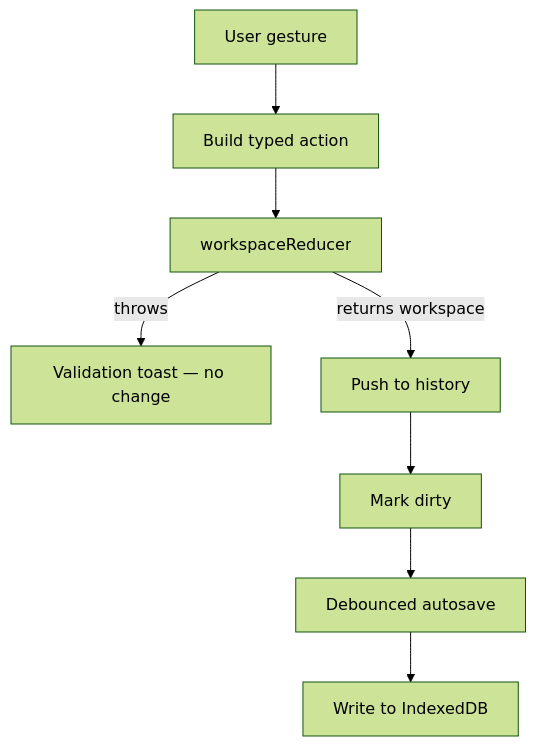
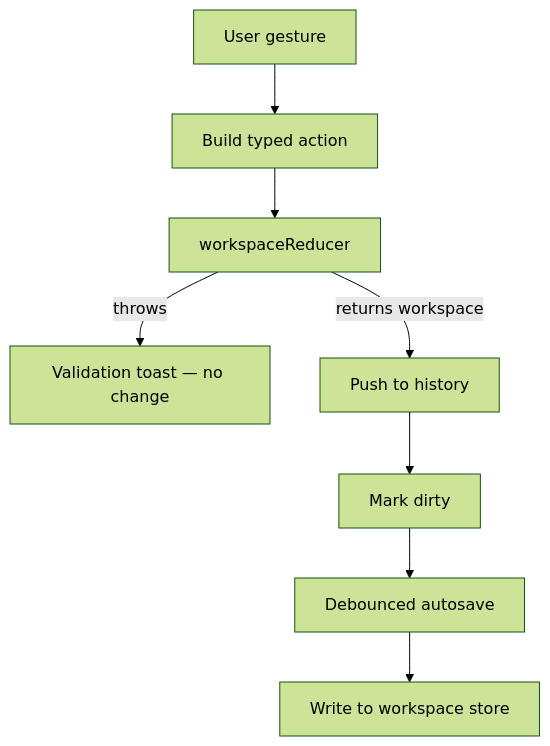
One commit to SeldonDigital/seldon changed the diagram in packages/editor/README.md. Above: the diagram before and after it, drawn with Mermaid (forest theme). The commit also changed other lines of this file and 2 other files, not shown here.

````diff
--- a/packages/editor/README.md
+++ b/packages/editor/README.md
@@ -73,10 +116,10 @@
 ```mermaid
 flowchart TD
   gesture[User gesture] --> action[Build typed action]
   action --> reducer[workspaceReducer]
   reducer -->|throws| toast[Validation toast — no change]
   reducer -->|returns workspace| history[Push to history]
   history --> dirty[Mark dirty]
   dirty --> autosave[Debounced autosave]
-  autosave --> store[Write to IndexedDB]
+  autosave --> store[Write to workspace store]
 ```
````
